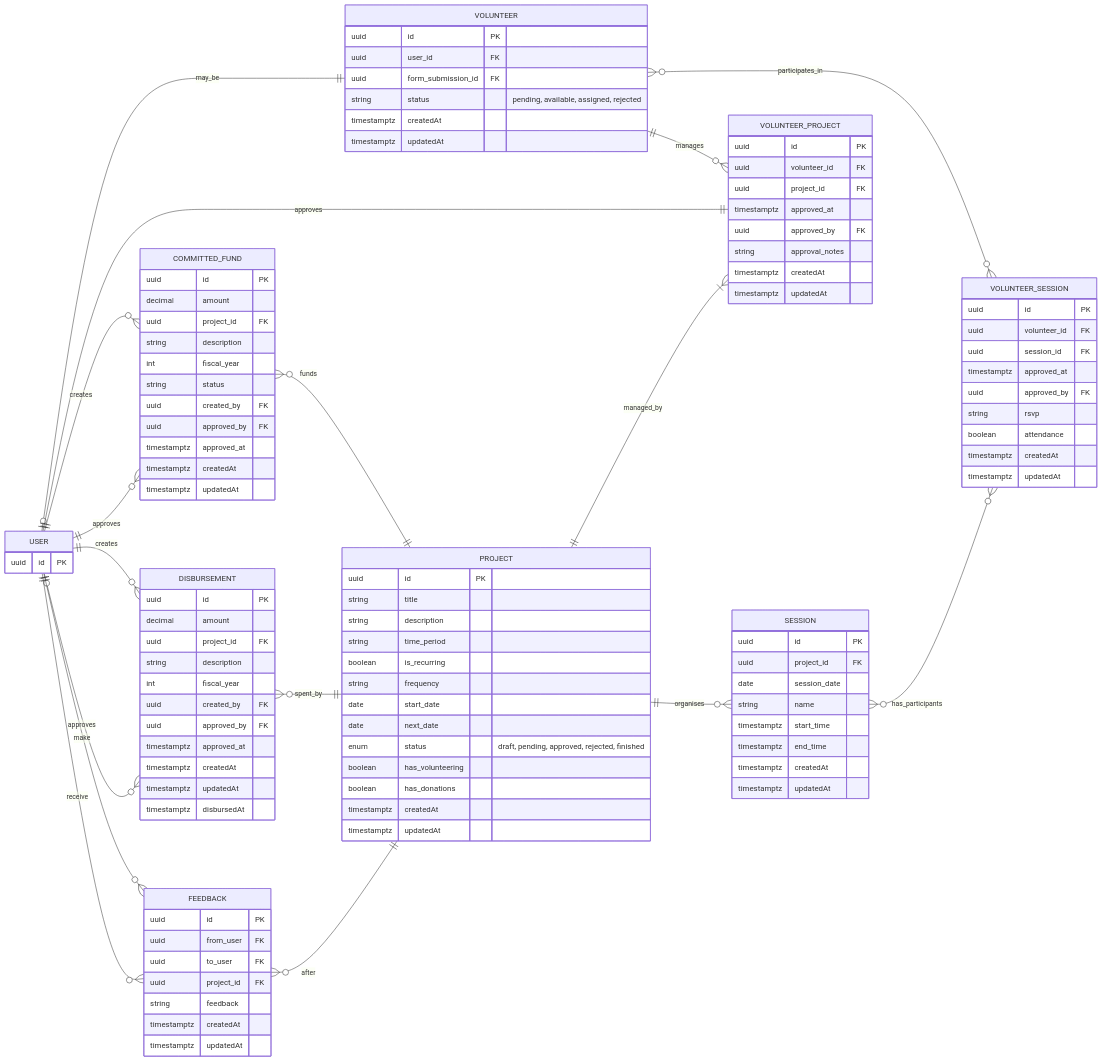
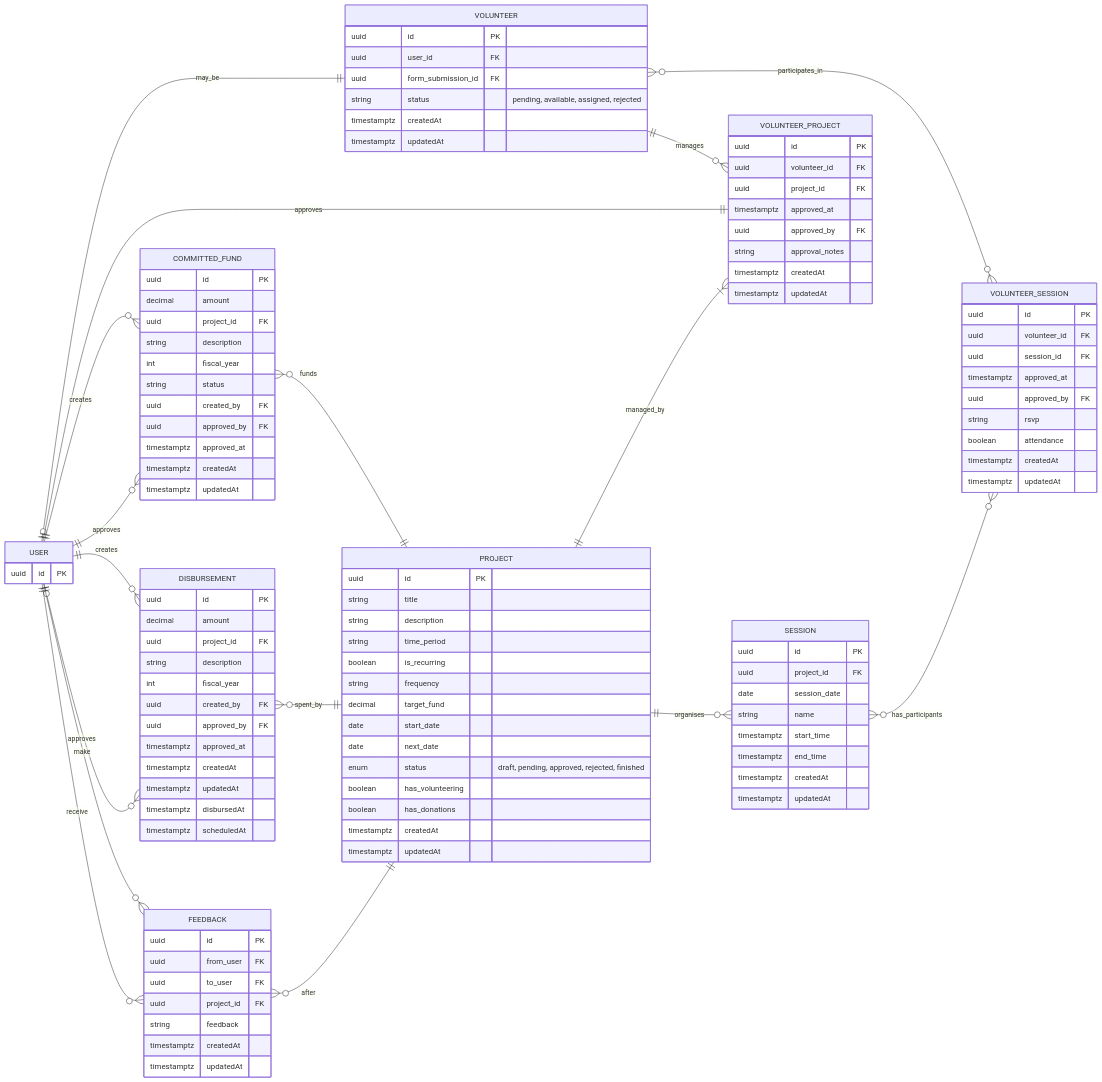
The diagram in docs/db-schema/volunteer-ms-schema.md (SiloamXperience-DG-AY2526/backend), drawn with Mermaid before and after one commit. The commit also changed 10 other files, not shown here.

```diff
--- a/docs/db-schema/volunteer-ms-schema.md
+++ b/docs/db-schema/volunteer-ms-schema.md
@@ -88,6 +88,7 @@
         string time_period
         boolean is_recurring
         string frequency
+        decimal target_fund
         date start_date
         date next_date
         enum status "draft, pending, approved, rejected, finished"
@@ -121,6 +122,7 @@
         timestamptz createdAt
         timestamptz updatedAt
         timestamptz disbursedAt
+        timestamptz scheduledAt
     }
     FEEDBACK {
         uuid id PK
```
